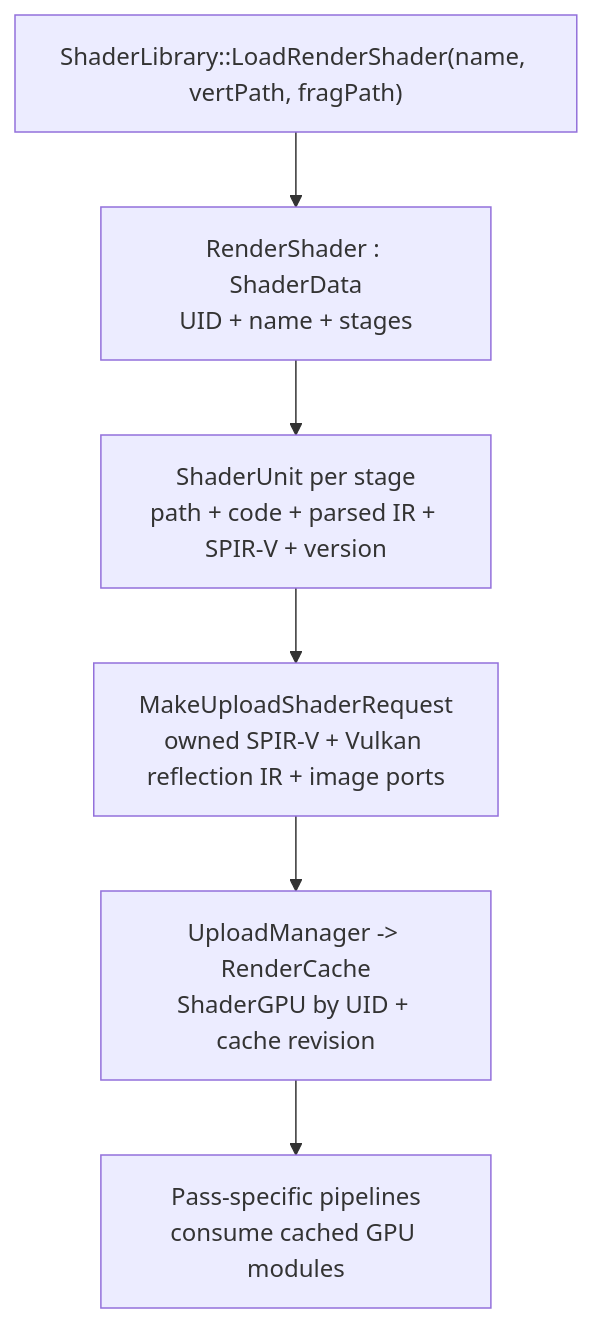
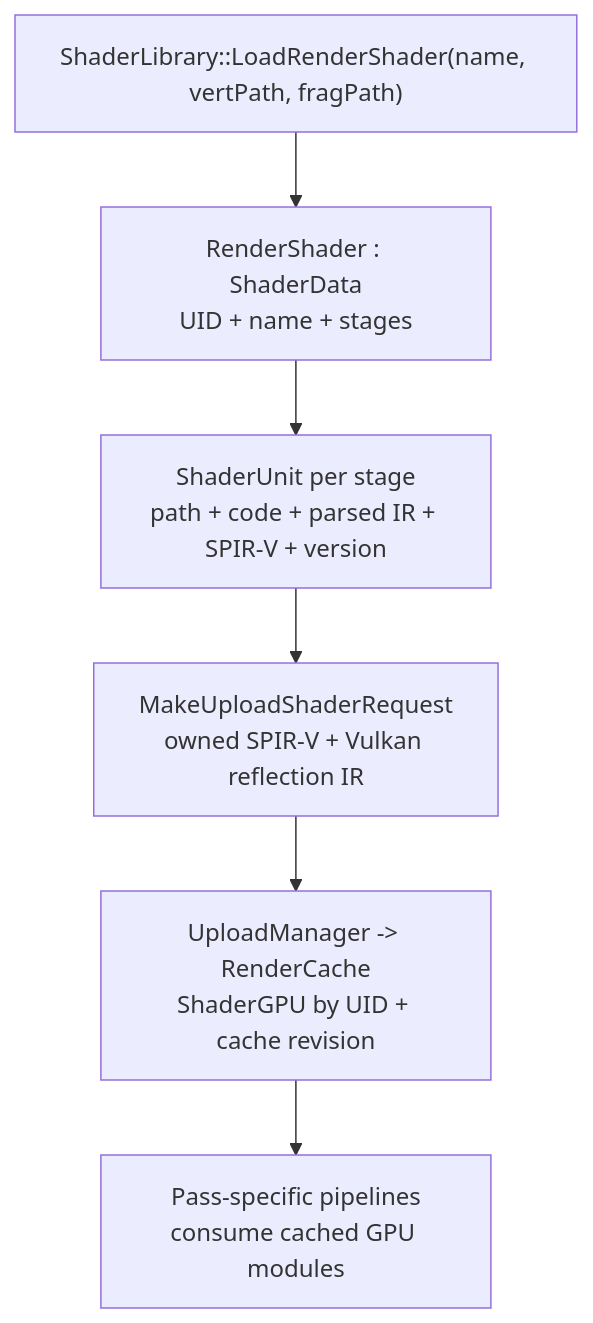
One commit to XDzZyq/Neurus changed the diagram in docs/render/shaders.md. Above: the diagram before and after it, drawn with Mermaid. The commit also changed other lines of this file and 213 other files, not shown here.

````diff
--- a/docs/render/shaders.md
+++ b/docs/render/shaders.md
@@ -63,13 +68,13 @@
 ```mermaid
 flowchart TD
     library["ShaderLibrary::LoadRenderShader(name, vertPath, fragPath)"]
     data["RenderShader : ShaderData<br/>UID + name + stages"]
     unit["ShaderUnit per stage<br/>path + code + parsed IR + SPIR-V + version"]
-    upload["MakeUploadShaderRequest<br/>owned SPIR-V + Vulkan reflection IR + image ports"]
+    upload["MakeUploadShaderRequest<br/>owned SPIR-V + Vulkan reflection IR"]
     gpu["UploadManager -> RenderCache<br/>ShaderGPU by UID + cache revision"]
     pipeline["Pass-specific pipelines<br/>consume cached GPU modules"]
 
     library --> data
     data --> unit
     unit --> upload --> gpu --> pipeline
 ```
````
